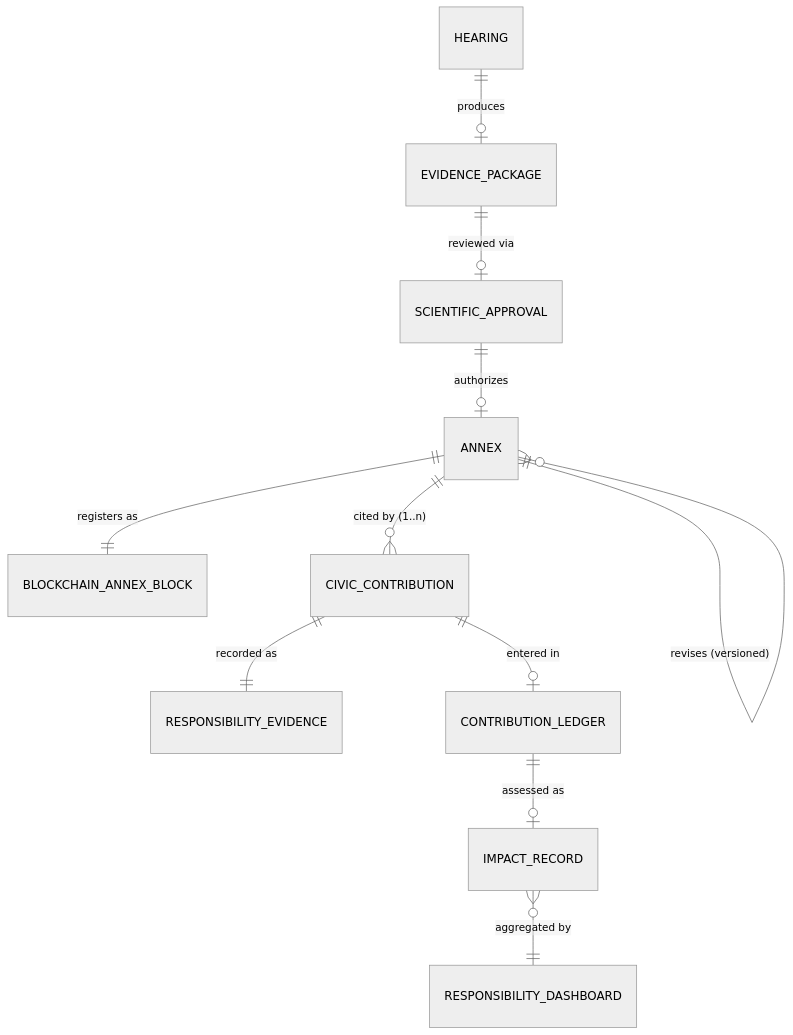
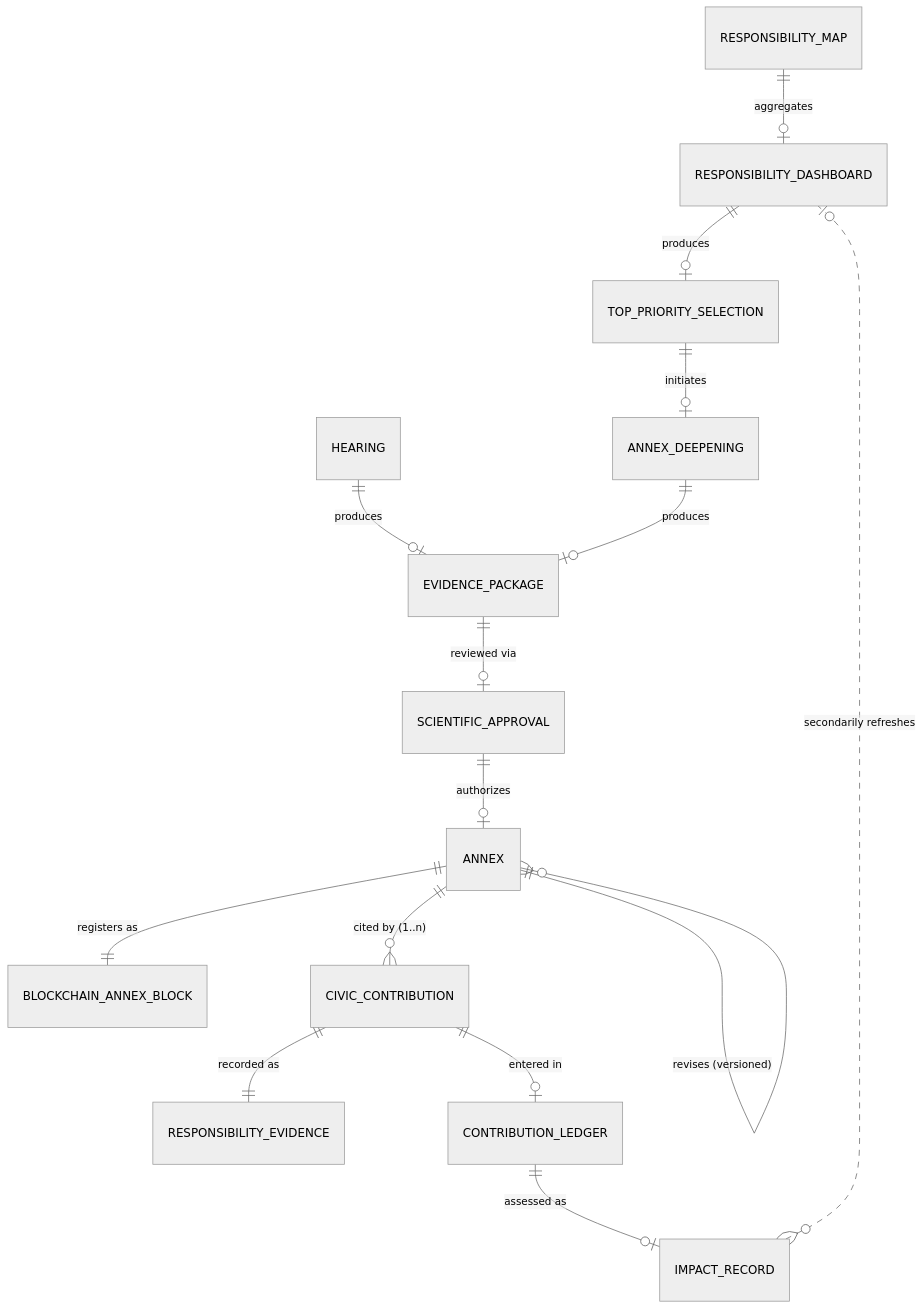
One commit to jolanfarhadi-tech/res-publica changed the second of 2 diagrams in brain/FOUNDATION/03_ANNEX_BLOCKCHAIN_CIVIC_CONTRIBUTION_ARCHITECTURE.md. Above: the diagram before and after it, drawn with Mermaid (neutral theme). The commit also changed other lines of this file and 3 other files, not shown here.

````diff
--- a/brain/FOUNDATION/03_ANNEX_BLOCKCHAIN_CIVIC_CONTRIBUTION_ARCHITECTURE.md
+++ b/brain/FOUNDATION/03_ANNEX_BLOCKCHAIN_CIVIC_CONTRIBUTION_ARCHITECTURE.md
@@ -81,13 +93,17 @@
 ```mermaid
 erDiagram
+    RESPONSIBILITY_MAP ||--o| RESPONSIBILITY_DASHBOARD : aggregates
+    RESPONSIBILITY_DASHBOARD ||--o| TOP_PRIORITY_SELECTION : produces
+    TOP_PRIORITY_SELECTION ||--o| ANNEX_DEEPENING : initiates
     HEARING ||--o| EVIDENCE_PACKAGE : produces
+    ANNEX_DEEPENING ||--o| EVIDENCE_PACKAGE : produces
     EVIDENCE_PACKAGE ||--o| SCIENTIFIC_APPROVAL : "reviewed via"
     SCIENTIFIC_APPROVAL ||--o| ANNEX : authorizes
     ANNEX ||--|| BLOCKCHAIN_ANNEX_BLOCK : "registers as"
     ANNEX ||--o{ ANNEX : "revises (versioned)"
     ANNEX ||--o{ CIVIC_CONTRIBUTION : "cited by (1..n)"
     CIVIC_CONTRIBUTION ||--|| RESPONSIBILITY_EVIDENCE : "recorded as"
     CIVIC_CONTRIBUTION ||--o| CONTRIBUTION_LEDGER : "entered in"
     CONTRIBUTION_LEDGER ||--o| IMPACT_RECORD : "assessed as"
-    IMPACT_RECORD }o--|| RESPONSIBILITY_DASHBOARD : "aggregated by"
+    IMPACT_RECORD }o..o| RESPONSIBILITY_DASHBOARD : "secondarily refreshes"
 ```
````
